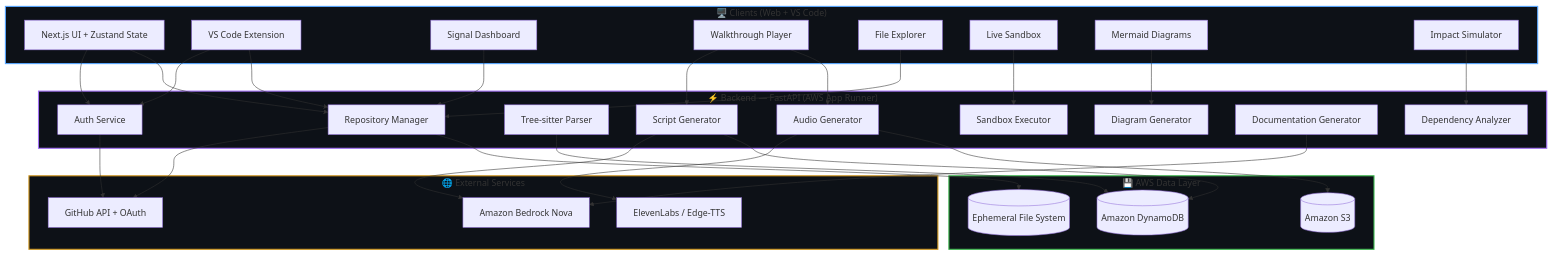
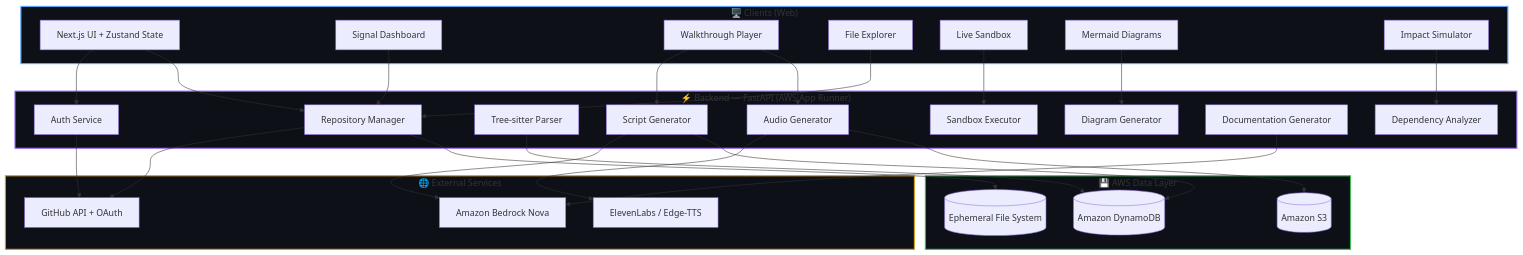
Before and after one commit to nitinog10/logorhythms: the first of 4 diagrams in README.md, drawn with Mermaid. The commit also changed other lines of this file and 27 other files, not shown here.

````diff
--- a/README.md
+++ b/README.md
@@ -126,64 +121,61 @@
 ```mermaid
 flowchart TB
-    subgraph Client["🖥️ Clients (Web + VS Code)"]
+    subgraph Client["🖥️ Clients (Web)"]
         UI[Next.js UI + Zustand State]
-        VSCode[VS Code Extension]
         Signal[Signal Dashboard]
         Player[Walkthrough Player]
         FileExp[File Explorer]
         Sandbox[Live Sandbox]
         Diagrams[Mermaid Diagrams]
         Impact[Impact Simulator]
     end
 
     subgraph API["⚡ Backend — FastAPI (AWS App Runner)"]
         Auth[Auth Service]
         RepoMgr[Repository Manager]
         Parser[Tree-sitter Parser]
         ScriptGen[Script Generator]
         AudioGen[Audio Generator]
         DiagramGen[Diagram Generator]
         DepAnalyzer[Dependency Analyzer]
         DocGen[Documentation Generator]
         SandboxExec[Sandbox Executor]
     end
 
     subgraph Storage["💾 AWS Data Layer"]
         DynamoDB[(Amazon DynamoDB)]
         S3[(Amazon S3)]
         FileSystem[(Ephemeral File System)]
     end
 
     subgraph External["🌐 External Services"]
         GitHub[GitHub API + OAuth]
         Bedrock[Amazon Bedrock Nova]
         TTS[ElevenLabs / Edge-TTS]
     end
 
     UI --> Auth
     UI --> RepoMgr
-    VSCode --> Auth
-    VSCode --> RepoMgr
     Signal --> RepoMgr
     Player --> ScriptGen
     Player --> AudioGen
     FileExp --> RepoMgr
     Sandbox --> SandboxExec
     Diagrams --> DiagramGen
     Impact --> DepAnalyzer
 
     Auth --> GitHub
     RepoMgr --> GitHub
     RepoMgr --> FileSystem
     Parser --> DynamoDB
     ScriptGen --> Bedrock
     ScriptGen --> DynamoDB
     AudioGen --> TTS
     AudioGen --> S3
     DocGen --> Bedrock
 
     style Client fill:#0d1117,stroke:#58a6ff,stroke-width:2px
     style API fill:#0d1117,stroke:#a371f7,stroke-width:2px
     style Storage fill:#0d1117,stroke:#3fb950,stroke-width:2px
     style External fill:#0d1117,stroke:#d29922,stroke-width:2px
 ```
````
